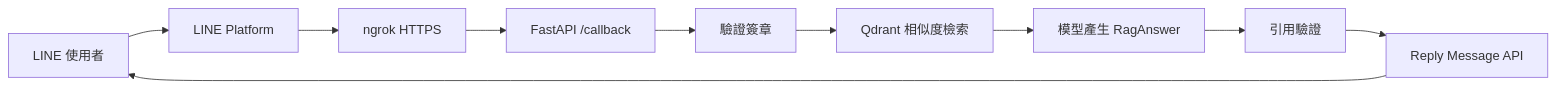
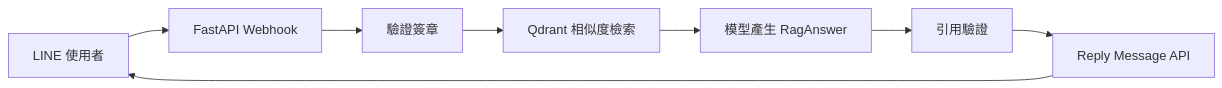
The second of 5 diagrams in day3/教學講義.md (iangithub/k12ea-langchain-course), drawn with Mermaid before and after one commit. The commit also changed other lines of this file and 20 other files, not shown here.

````diff
--- a/day3/教學講義.md
+++ b/day3/教學講義.md
@@ -439,12 +234,10 @@
 ```mermaid
 flowchart LR
-    U[LINE 使用者] --> L[LINE Platform]
-    L --> N[ngrok HTTPS]
-    N --> F[FastAPI /callback]
-    F --> V[驗證簽章]
+    U[LINE 使用者] --> W[FastAPI Webhook]
+    W --> V[驗證簽章]
     V --> Q[Qdrant 相似度檢索]
     Q --> M[模型產生 RagAnswer]
     M --> C[引用驗證]
     C --> R[Reply Message API]
     R --> U
 ```
````
